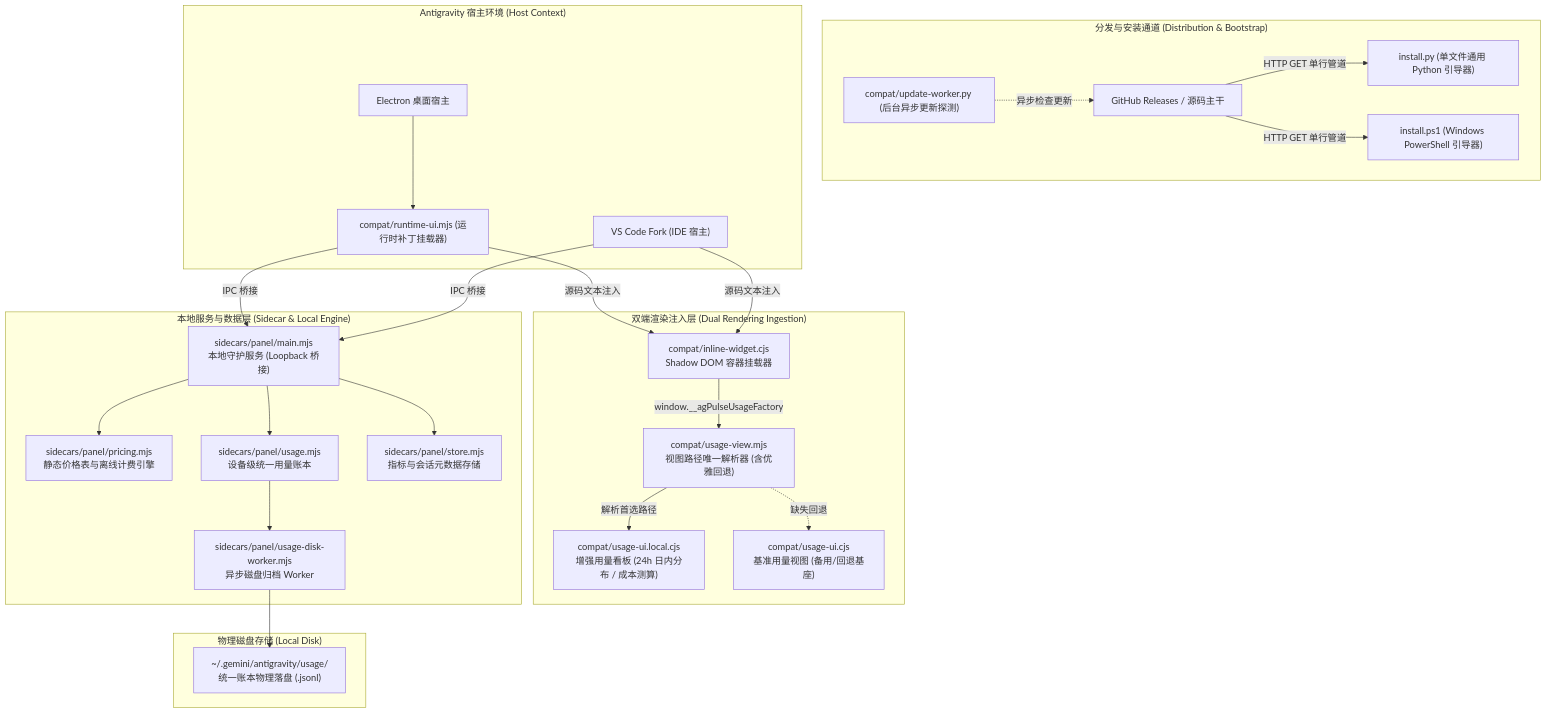
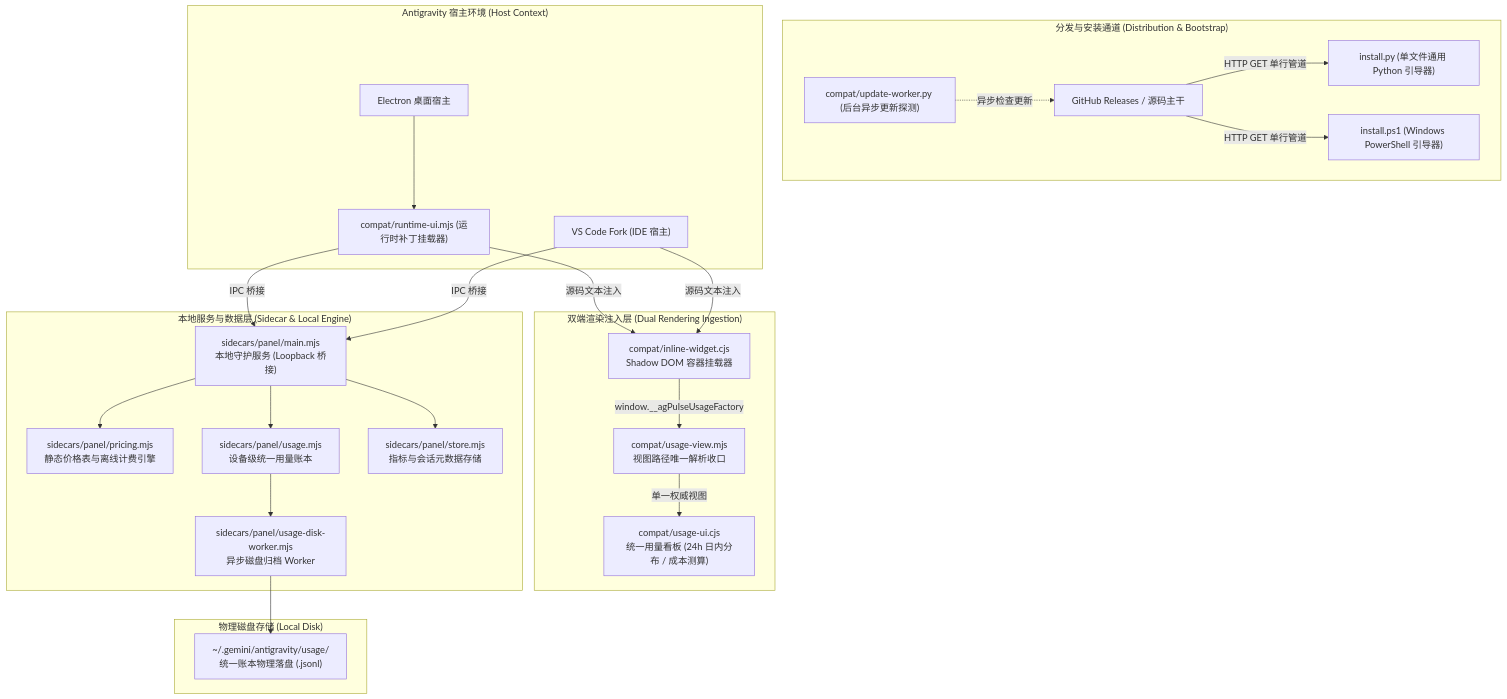
Before and after one commit to moumouye/antigrative-dashboard: the second of 2 diagrams in ARCHITECTURE.md, drawn with Mermaid. The commit also changed other lines of this file and 26 other files, not shown here.

````diff
--- a/ARCHITECTURE.md
+++ b/ARCHITECTURE.md
@@ -47,52 +48,50 @@
 ```mermaid
 flowchart TD
     subgraph Distribution ["分发与安装通道 (Distribution & Bootstrap)"]
         GH["GitHub Releases / 源码主干"]
         InstallPy["install.py (单文件通用 Python 引导器)"]
         InstallPs1["install.ps1 (Windows PowerShell 引导器)"]
         Updater["compat/update-worker.py (后台异步更新探测)"]
         GH -->|HTTP GET 单行管道| InstallPy
         GH -->|HTTP GET 单行管道| InstallPs1
         Updater -.异步检查更新.-> GH
     end
 
     subgraph Host ["Antigravity 宿主环境 (Host Context)"]
         App["Electron 桌面宿主"]
         IDE["VS Code Fork (IDE 宿主)"]
         PatchLoader["compat/runtime-ui.mjs (运行时补丁挂载器)"]
         App --> PatchLoader
     end
 
     subgraph Rendering ["双端渲染注入层 (Dual Rendering Ingestion)"]
-        ViewResolver["compat/usage-view.mjs<br/>视图路径唯一解析器 (含优雅回退)"]
+        ViewResolver["compat/usage-view.mjs<br/>视图路径唯一解析收口"]
         InlineWidget["compat/inline-widget.cjs<br/>Shadow DOM 容器挂载器"]
-        UsageViewLocal["compat/usage-ui.local.cjs<br/>增强用量看板 (24h 日内分布 / 成本测算)"]
-        UsageViewBase["compat/usage-ui.cjs<br/>基准用量视图 (备用/回退基座)"]
+        UsageView["compat/usage-ui.cjs<br/>统一用量看板 (24h 日内分布 / 成本测算)"]
         
         PatchLoader -->|源码文本注入| InlineWidget
         IDE -->|源码文本注入| InlineWidget
-        ViewResolver -->|解析首选路径| UsageViewLocal
-        ViewResolver -.缺失回退.-> UsageViewBase
+        ViewResolver -->|单一权威视图| UsageView
         InlineWidget -->|window.__agPulseUsageFactory| ViewResolver
     end
 
     subgraph SidecarLayer ["本地服务与数据层 (Sidecar & Local Engine)"]
         Sidecar["sidecars/panel/main.mjs<br/>本地守护服务 (Loopback 桥接)"]
         Pricing["sidecars/panel/pricing.mjs<br/>静态价格表与离线计费引擎"]
         Ledger["sidecars/panel/usage.mjs<br/>设备级统一用量账本"]
         Worker["sidecars/panel/usage-disk-worker.mjs<br/>异步磁盘归档 Worker"]
         Store["sidecars/panel/store.mjs<br/>指标与会话元数据存储"]
 
         PatchLoader -->|IPC 桥接| Sidecar
         IDE -->|IPC 桥接| Sidecar
         Sidecar --> Pricing
         Sidecar --> Store
         Sidecar --> Ledger
         Ledger --> Worker
     end
 
     subgraph Storage ["物理磁盘存储 (Local Disk)"]
         DiskLedger["~/.gemini/antigravity/usage/<br/>统一账本物理落盘 (.jsonl)"]
         Worker --> DiskLedger
     end
 ```
````
